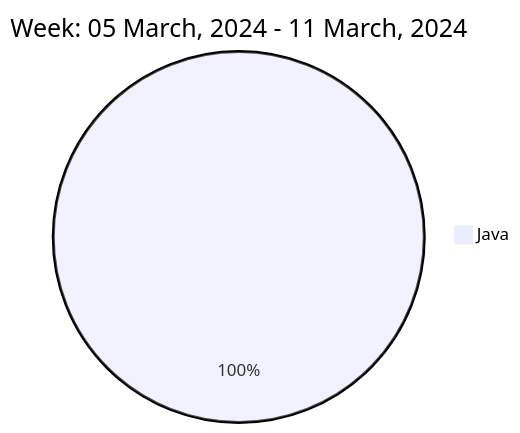
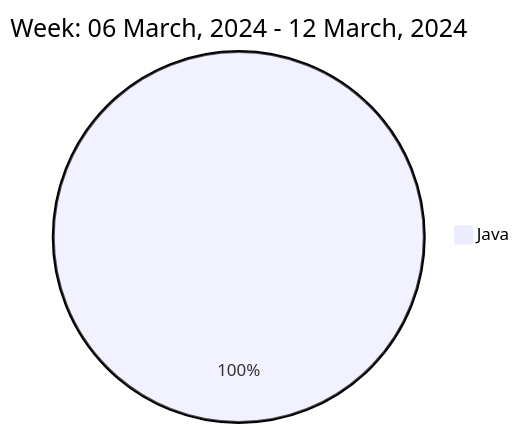
One commit to liubin95/liubin95 changed the diagram in README.md. Above: the diagram before and after it, drawn with Mermaid.

Commit message:
Updated the Graph with new Metrics

````diff
--- a/README.md
+++ b/README.md
@@ -37,5 +37,5 @@
 ```mermaid
  pie
-title Week: 05 March, 2024 - 11 March, 2024
- "Java" : 4.03
+title Week: 06 March, 2024 - 12 March, 2024
+ "Java" : 0.65
 ```
````
